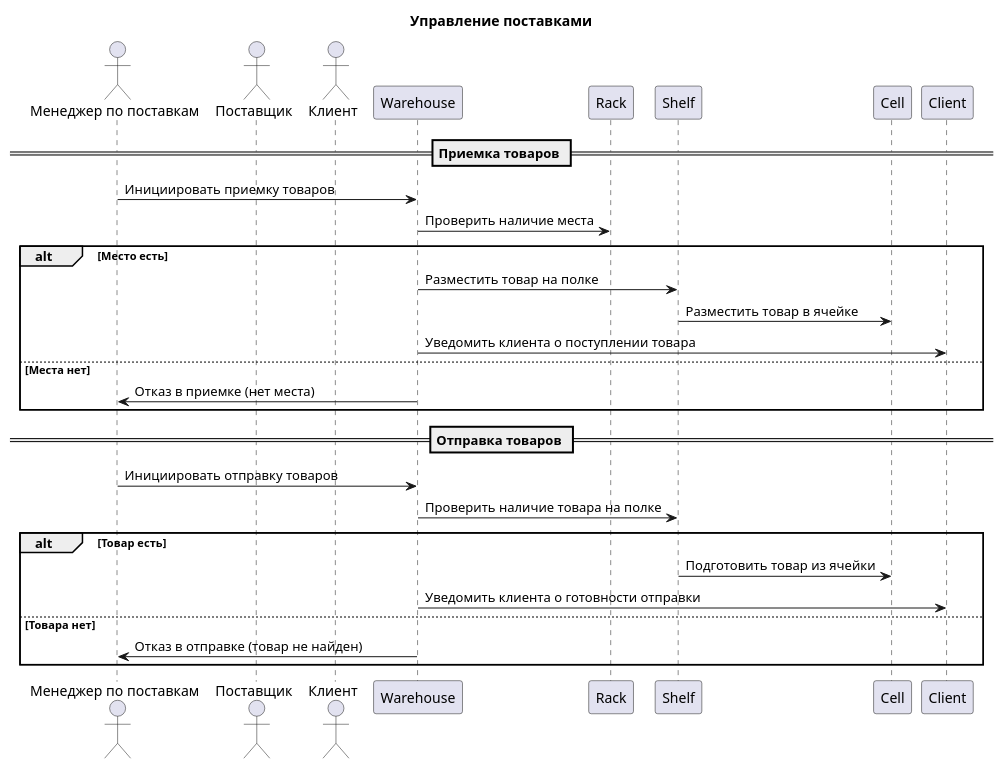
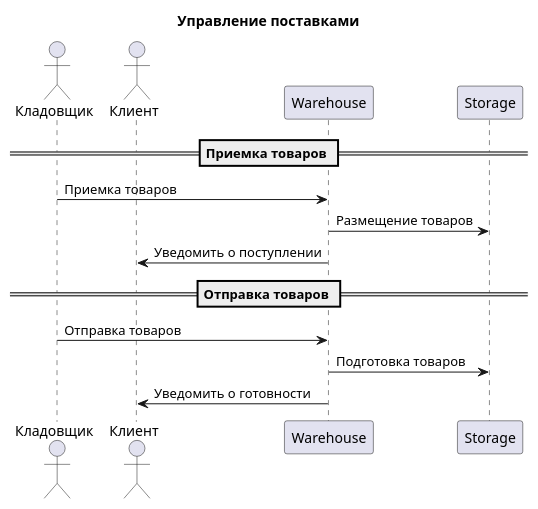
The diagram in Precedents/Управление поставками/Диаграмма последовательнисти и управление поставками.md (penamarth/bsbo-14-22_team5_var6), drawn with PlantUML before and after one commit. The commit also changed 4 other files, not shown here.

````diff
--- a/Precedents/Управление поставками/Диаграмма последовательнисти и управление поставками.md
+++ b/Precedents/Управление поставками/Диаграмма последовательнисти и управление поставками.md
@@ -1,31 +1,19 @@
 ```plantuml
 @startuml
-actor "Менеджер по поставкам" as supplyManager
-actor "Поставщик" as supplier
-actor "Клиент" as customer
+actor "Кладовщик" as warehouseManager
+actor "Клиент" as client
 
 title Управление поставками
 
 == Приемка товаров ==
-supplyManager -> Warehouse: Инициировать приемку товаров
-Warehouse -> Rack: Проверить наличие места
-alt Место есть
-    Warehouse -> Shelf: Разместить товар на полке
-    Shelf -> Cell: Разместить товар в ячейке
-    Warehouse -> Client: Уведомить клиента о поступлении товара
-else Места нет
-    Warehouse -> supplyManager: Отказ в приемке (нет места)
-end
+warehouseManager -> Warehouse: Приемка товаров
+Warehouse -> Storage: Размещение товаров
+Warehouse -> client: Уведомить о поступлении
 
 == Отправка товаров ==
-supplyManager -> Warehouse: Инициировать отправку товаров
-Warehouse -> Shelf: Проверить наличие товара на полке
-alt Товар есть
-    Shelf -> Cell: Подготовить товар из ячейки
-    Warehouse -> Client: Уведомить клиента о готовности отправки
-else Товара нет
-    Warehouse -> supplyManager: Отказ в отправке (товар не найден)
-end
+warehouseManager -> Warehouse: Отправка товаров
+Warehouse -> Storage: Подготовка товаров
+Warehouse -> client: Уведомить о готовности
 
 @enduml
 ```
````
